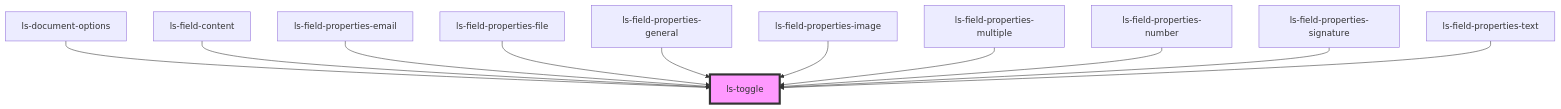
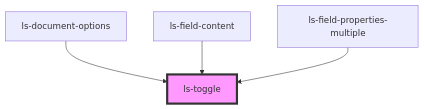
Before and after one commit to legalesign/ls-document-viewer: the diagram in src/components/ls-toggle/readme.md, drawn with Mermaid. The commit also changed other lines of this file and 16 other files, not shown here.

````diff
--- a/src/components/ls-toggle/readme.md
+++ b/src/components/ls-toggle/readme.md
@@ -24,14 +17,7 @@
 ```mermaid
 graph TD;
   ls-document-options --> ls-toggle
   ls-field-content --> ls-toggle
-  ls-field-properties-email --> ls-toggle
-  ls-field-properties-file --> ls-toggle
-  ls-field-properties-general --> ls-toggle
-  ls-field-properties-image --> ls-toggle
   ls-field-properties-multiple --> ls-toggle
-  ls-field-properties-number --> ls-toggle
-  ls-field-properties-signature --> ls-toggle
-  ls-field-properties-text --> ls-toggle
   style ls-toggle fill:#f9f,stroke:#333,stroke-width:4px
 ```
````
